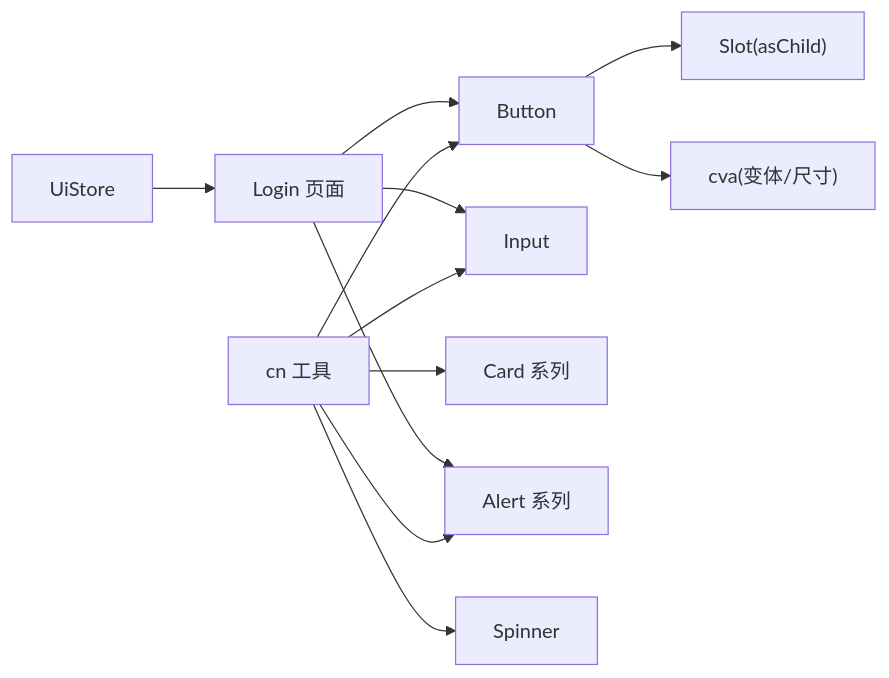
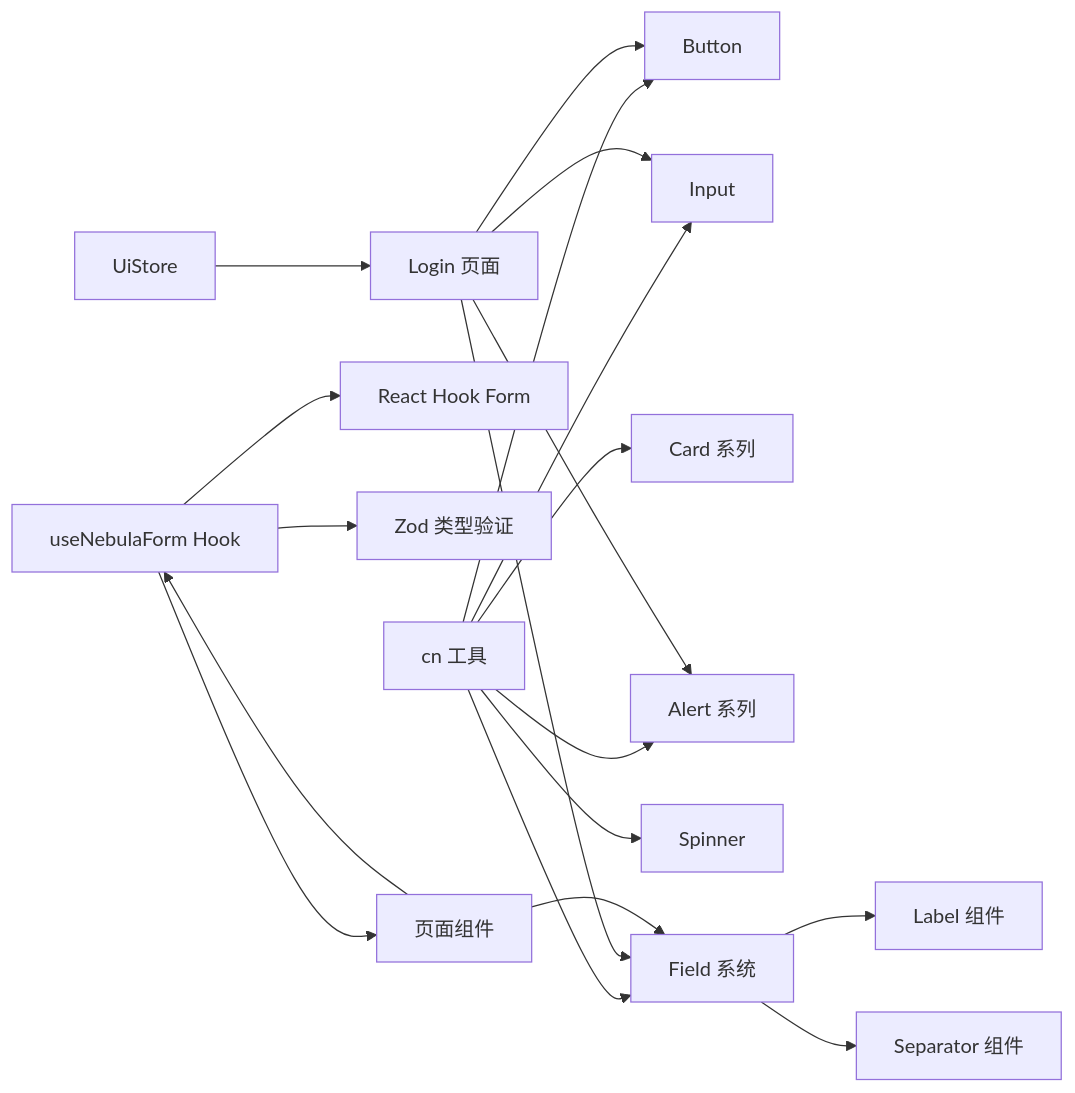
Diagram 12 of 12 in .qoder/repowiki/zh/content/架构设计/前端架构/组件设计模式.md (translateServers/nodes-stack), drawn with Mermaid before and after one commit. The commit also changed other lines of this file and 17 other files, not shown here.

````diff
--- a/.qoder/repowiki/zh/content/架构设计/前端架构/组件设计模式.md
+++ b/.qoder/repowiki/zh/content/架构设计/前端架构/组件设计模式.md
@@ -370,14 +555,21 @@
 ```mermaid
 graph LR
 CN["cn 工具"] --> BTN["Button"]
 CN --> INP["Input"]
 CN --> CARD["Card 系列"]
 CN --> ALERT["Alert 系列"]
 CN --> SPIN["Spinner"]
-BTN --> SL["Slot(asChild)"]
-BTN --> CVA["cva(变体/尺寸)"]
+CN --> FIELD["Field 系统"]
+FIELD --> LAB["Label 组件"]
+FIELD --> SEP["Separator 组件"]
+HOOK["useNebulaForm Hook"] --> FORM["React Hook Form"]
+HOOK --> ZOD["Zod 类型验证"]
+HOOK --> PAGE["页面组件"]
 STORE["UiStore"] --> LOGIN["Login 页面"]
 LOGIN --> INP
 LOGIN --> BTN
 LOGIN --> ALERT
+LOGIN --> FIELD
+PAGE --> HOOK
+PAGE --> FIELD
 ```
````
